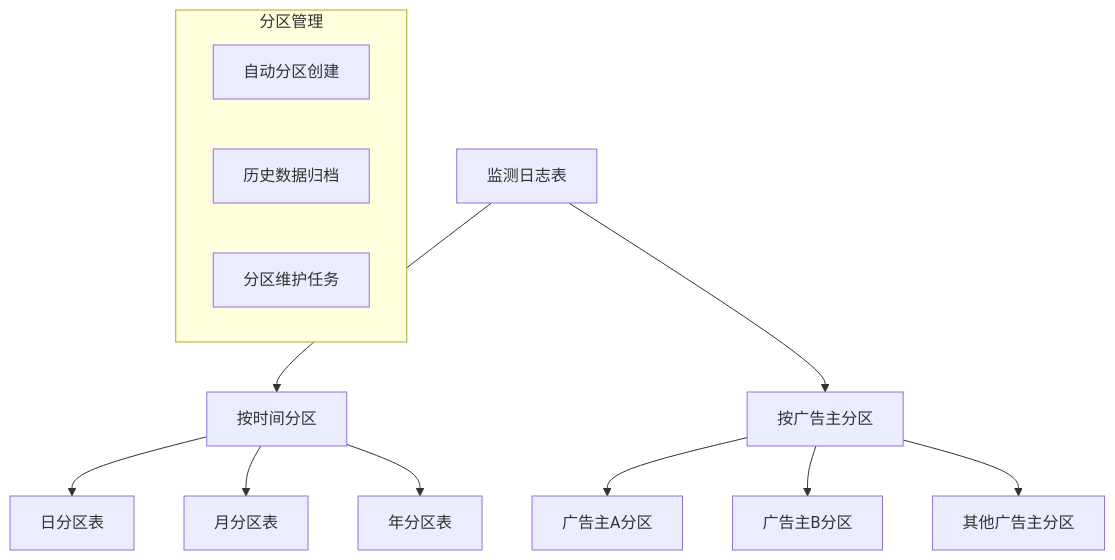
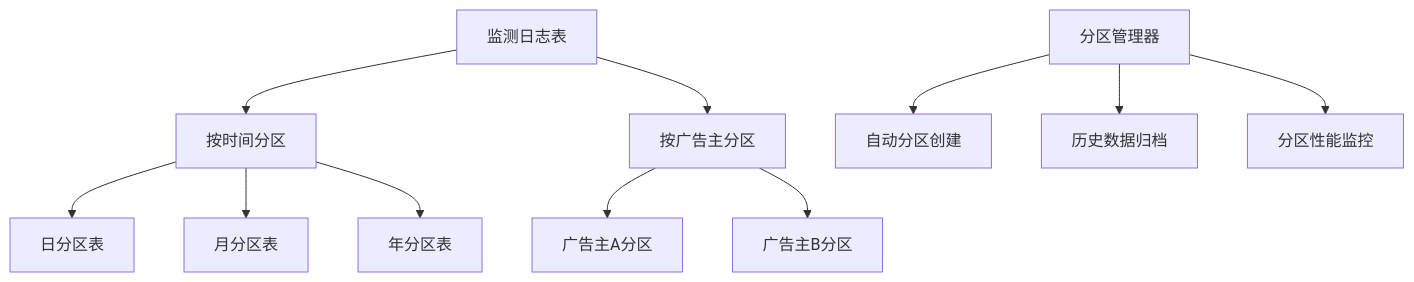
Before and after one commit to lornshrimp/Lorn.ADSP.Rust: the sixth of 8 diagrams in docs_TecDesign/广告投放引擎/广告效果监测服务设计/广告效果监测服务数据访问层设计.md, drawn with Mermaid. The commit also changed other lines of this file and 8 other files, not shown here.

````diff
--- a/docs_TecDesign/广告投放引擎/广告效果监测服务设计/广告效果监测服务数据访问层设计.md
+++ b/docs_TecDesign/广告投放引擎/广告效果监测服务设计/广告效果监测服务数据访问层设计.md
@@ -348,19 +629,16 @@
 ```mermaid
 graph TD
     A[监测日志表] --> B[按时间分区]
     A --> C[按广告主分区]
     
     B --> D[日分区表]
     B --> E[月分区表]
     B --> F[年分区表]
     
     C --> G[广告主A分区]
     C --> H[广告主B分区]
-    C --> I[其他广告主分区]
     
-    subgraph "分区管理"
-        J[自动分区创建]
-        K[历史数据归档]
-        L[分区维护任务]
-    end
+    I[分区管理器] --> J[自动分区创建]
+    I --> K[历史数据归档]
+    I --> L[分区性能监控]
 ```
````
